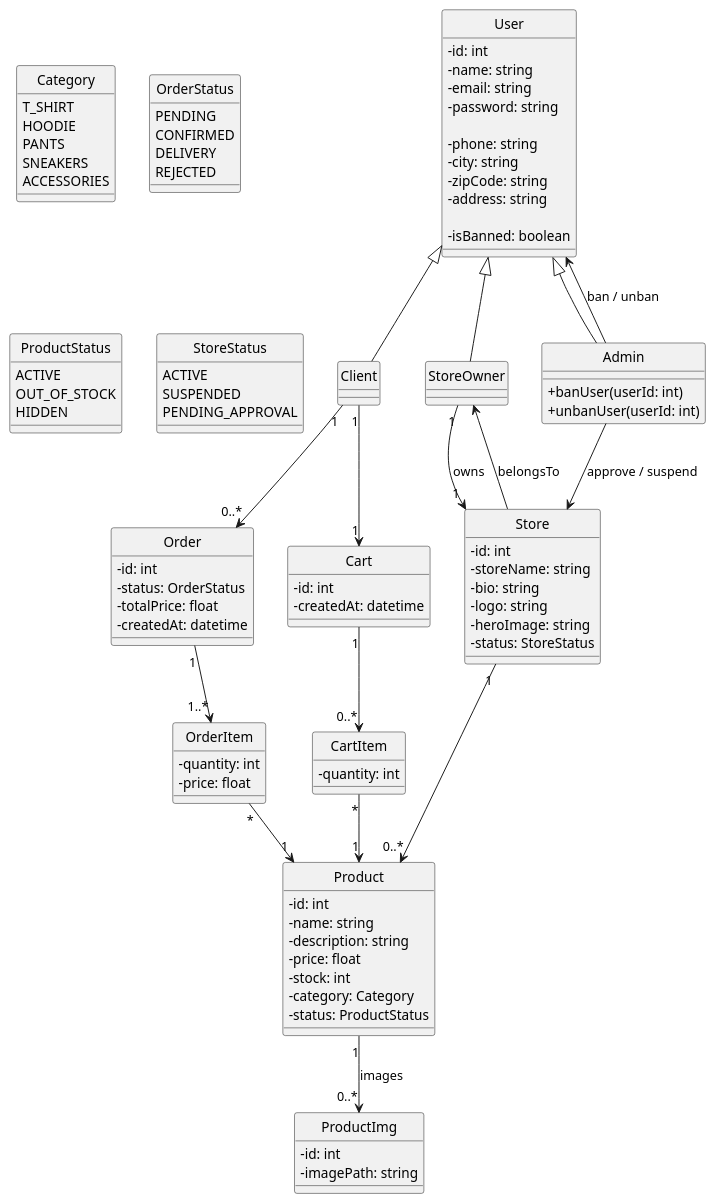
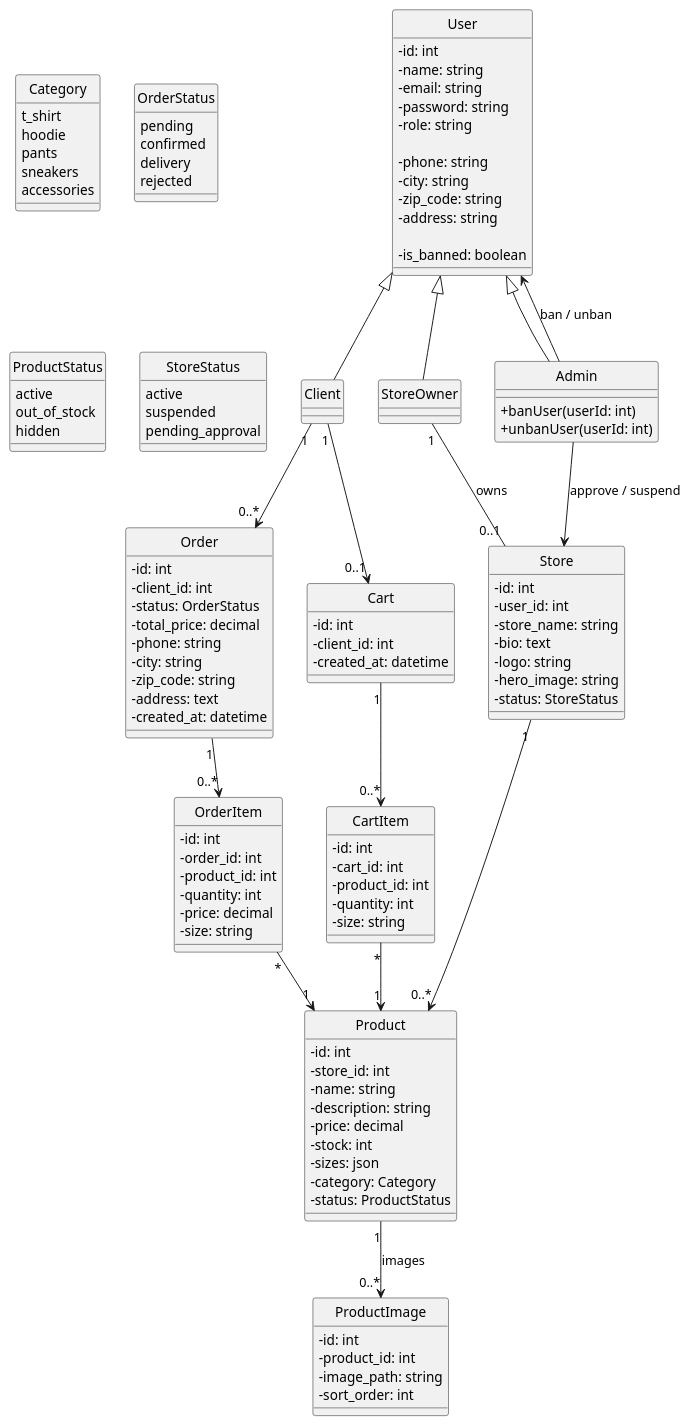
The diagram in uml/classdiagramm.puml (mohamedredachakir/FileRouge_Ejoutiya_v03), drawn with PlantUML before and after one commit. The commit also changed 6 other files, not shown here.

```diff
--- a/uml/classdiagramm.puml
+++ b/uml/classdiagramm.puml
@@ -1,138 +1,157 @@
 @startuml EjoutiyaEcom_Final
 
 skinparam classAttributeIconSize 0
 hide circle
 
 ' =======================
 ' ENUMS
 ' =======================
 enum Category {
-  T_SHIRT
-  HOODIE
-  PANTS
-  SNEAKERS
-  ACCESSORIES
+  t_shirt
+  hoodie
+  pants
+  sneakers
+  accessories
 }
 
 enum OrderStatus {
-  PENDING
-  CONFIRMED
-  DELIVERY
-  REJECTED
+  pending
+  confirmed
+  delivery
+  rejected
 }
 
 enum ProductStatus {
-  ACTIVE
-  OUT_OF_STOCK
-  HIDDEN
+  active
+  out_of_stock
+  hidden
 }
 
 enum StoreStatus {
-  ACTIVE
-  SUSPENDED
-  PENDING_APPROVAL
+  active
+  suspended
+  pending_approval
 }
 
 ' =======================
 ' USER SYSTEM
 ' =======================
 class User {
   -id: int
   -name: string
   -email: string
   -password: string
+  -role: string
   
   -phone: string
   -city: string
-  -zipCode: string
+  -zip_code: string
   -address: string
   
-  -isBanned: boolean
+  -is_banned: boolean
 }
 
 class Client
 class StoreOwner
 class Admin {
   +banUser(userId: int)
   +unbanUser(userId: int)
 }
 
 User <|-- Client
 User <|-- StoreOwner
 User <|-- Admin
 
 Admin --> User : ban / unban
 
 ' =======================
 ' STORE
 ' =======================
 class Store {
   -id: int
-  -storeName: string
-  -bio: string
+  -user_id: int
+  -store_name: string
+  -bio: text
   -logo: string
-  -heroImage: string
+  -hero_image: string
   -status: StoreStatus
 }
 
-StoreOwner "1" --> "1" Store : owns
-Store --> StoreOwner : belongsTo
+StoreOwner "1" -- "0..1" Store : owns
 Admin --> Store : approve / suspend
 
 ' =======================
 ' PRODUCT
 ' =======================
 class Product {
   -id: int
+  -store_id: int
   -name: string
   -description: string
-  -price: float
+  -price: decimal
   -stock: int
+  -sizes: json
   -category: Category
   -status: ProductStatus
 }
 
-class ProductImg {
+class ProductImage {
   -id: int
-  -imagePath: string
+  -product_id: int
+  -image_path: string
+  -sort_order: int
 }
 
 Store "1" --> "0..*" Product
-Product "1" --> "0..*" ProductImg : images
+Product "1" --> "0..*" ProductImage : images
 
 ' =======================
 ' ORDER
 ' =======================
 class Order {
   -id: int
+  -client_id: int
   -status: OrderStatus
-  -totalPrice: float
-  -createdAt: datetime
+  -total_price: decimal
+  -phone: string
+  -city: string
+  -zip_code: string
+  -address: text
+  -created_at: datetime
 }
 
 class OrderItem {
+  -id: int
+  -order_id: int
+  -product_id: int
   -quantity: int
-  -price: float
+  -price: decimal
+  -size: string
 }
 
 Client "1" --> "0..*" Order
-Order "1" --> "1..*" OrderItem
+Order "1" --> "0..*" OrderItem
 OrderItem "*" --> "1" Product
 
 ' =======================
 ' CART
 ' =======================
 class Cart {
   -id: int
-  -createdAt: datetime
+  -client_id: int
+  -created_at: datetime
 }
 
 class CartItem {
+  -id: int
+  -cart_id: int
+  -product_id: int
   -quantity: int
+  -size: string
 }
 
-Client "1" --> "1" Cart
+Client "1" --> "0..1" Cart
 Cart "1" --> "0..*" CartItem
 CartItem "*" --> "1" Product
 
 @enduml
```
